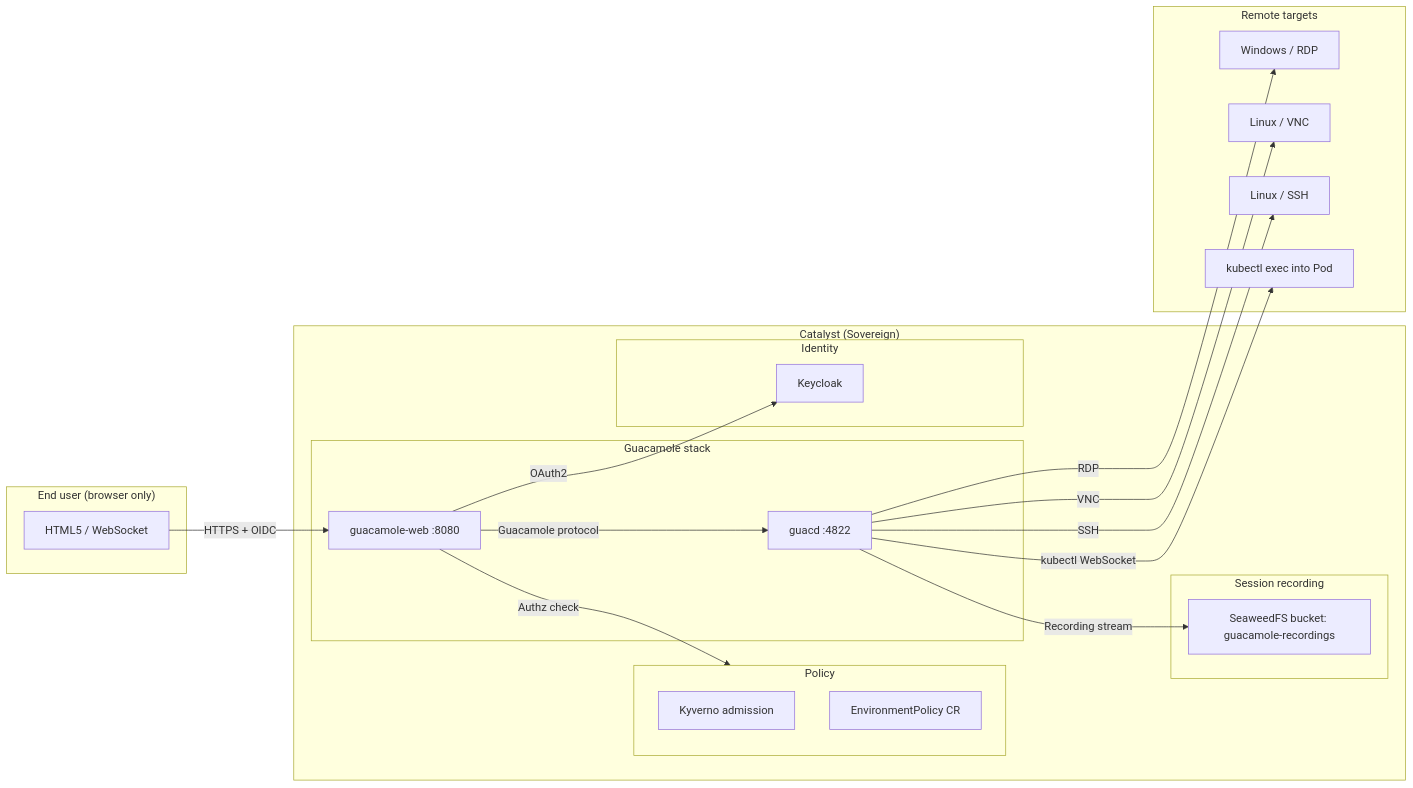
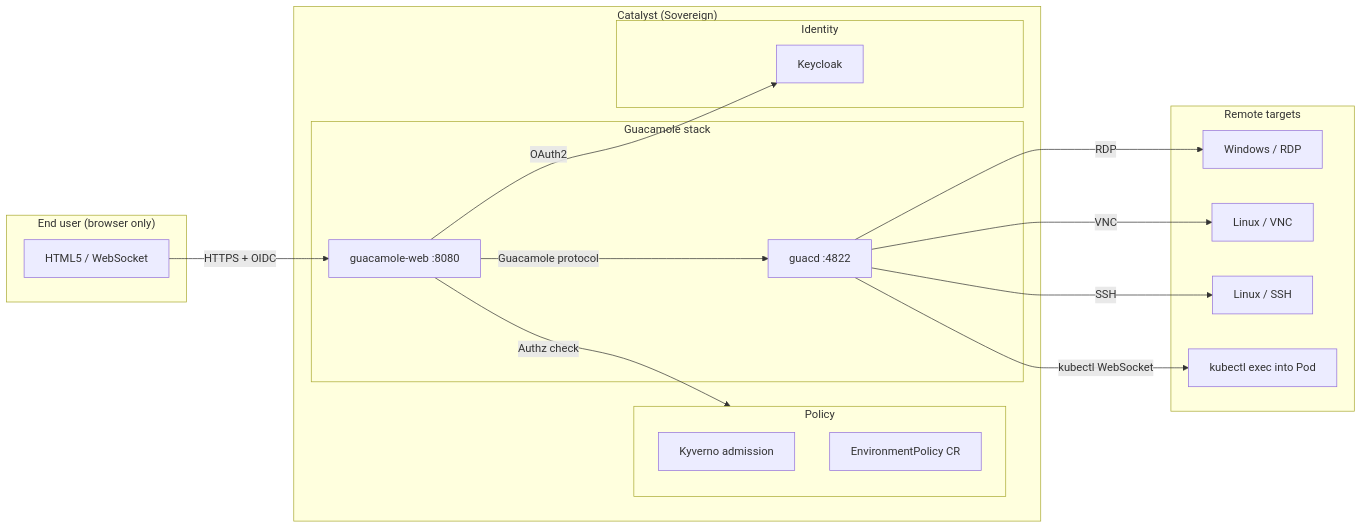
Before and after one commit to openova-io/openova: the diagram in platform/guacamole/README.md, drawn with Mermaid. The commit also changed other lines of this file and 6 other files, not shown here.

First line of the commit message:
docs(guacamole): stop stating session recording as present (ACC-050)

````diff
--- a/platform/guacamole/README.md
+++ b/platform/guacamole/README.md
@@ -24,43 +23,38 @@
 ```mermaid
 flowchart LR
     subgraph User["End user (browser only)"]
         Browser[HTML5 / WebSocket]
     end
 
     subgraph Catalyst["Catalyst (Sovereign)"]
         subgraph GuacamoleStack["Guacamole stack"]
             GuacWeb[guacamole-web :8080]
             Guacd[guacd :4822]
         end
 
         subgraph Identity["Identity"]
             KC[Keycloak]
-        end
-
-        subgraph Recording["Session recording"]
-            SW[SeaweedFS bucket: guacamole-recordings]
         end
 
         subgraph Policy["Policy"]
             Kyverno[Kyverno admission]
             EP[EnvironmentPolicy CR]
         end
     end
 
     subgraph Targets["Remote targets"]
         RDP[Windows / RDP]
         VNC[Linux / VNC]
         SSH[Linux / SSH]
         K8s[kubectl exec into Pod]
     end
 
     Browser -->|"HTTPS + OIDC"| GuacWeb
     GuacWeb -->|"OAuth2"| KC
     GuacWeb -->|"Guacamole protocol"| Guacd
     Guacd -->|"RDP"| RDP
     Guacd -->|"VNC"| VNC
     Guacd -->|"SSH"| SSH
     Guacd -->|"kubectl WebSocket"| K8s
-    Guacd -->|"Recording stream"| SW
     GuacWeb -->|"Authz check"| Policy
 ```
````
